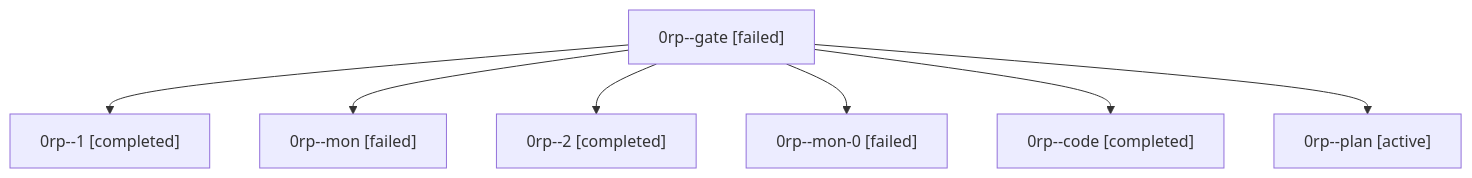
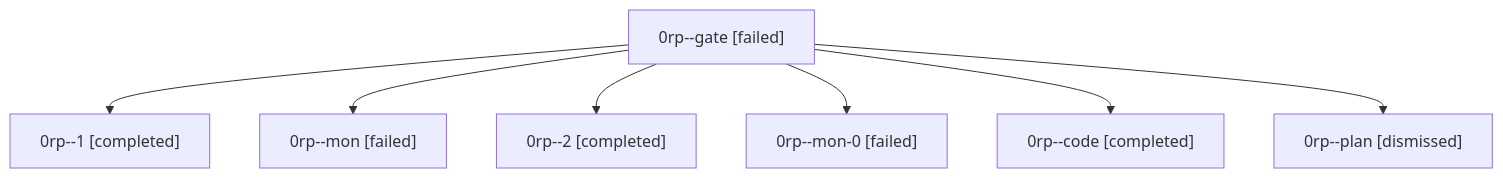
One commit to sase-org/sase--agents changed the diagram in sessions/bbugyi200.athena.0rp.md. Above: the diagram before and after it, drawn with Mermaid. The commit also changed other lines of this file and 28 other files, not shown here.

````diff
--- a/sessions/bbugyi200.athena.0rp.md
+++ b/sessions/bbugyi200.athena.0rp.md
@@ -9,16 +9,16 @@
 ```mermaid
 flowchart TD
   n0["0rp--gate [failed]"]
   n1["0rp--1 [completed]"]
   n0 --> n1
   n2["0rp--mon [failed]"]
   n0 --> n2
   n3["0rp--2 [completed]"]
   n0 --> n3
   n4["0rp--mon-0 [failed]"]
   n0 --> n4
   n5["0rp--code [completed]"]
   n0 --> n5
-  n6["0rp--plan [active]"]
+  n6["0rp--plan [dismissed]"]
   n0 --> n6
 ```
````
